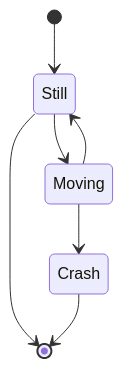
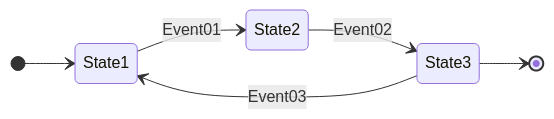
The diagram in mermaid/src/main/resources/mermaid/state-diagram.mmd (phoswald/sample-documentation), drawn with Mermaid before and after one commit. The commit also changed 12 other files, not shown here.

Commit message:
More diagrams, and same same

```diff
--- a/mermaid/src/main/resources/mermaid/state-diagram.mmd
+++ b/mermaid/src/main/resources/mermaid/state-diagram.mmd
@@ -1,8 +1,8 @@
 stateDiagram-v2
-    [*] --> Still
-    Still --> [*]
-
-    Still --> Moving
-    Moving --> Still
-    Moving --> Crash
-    Crash --> [*]
+    %% This is a comment!
+    direction LR
+    [*] --> State1
+    State1 --> State2 : Event01
+    State2 --> State3 : Event02
+    State3 --> State1 : Event03
+    State3 --> [*]
```
